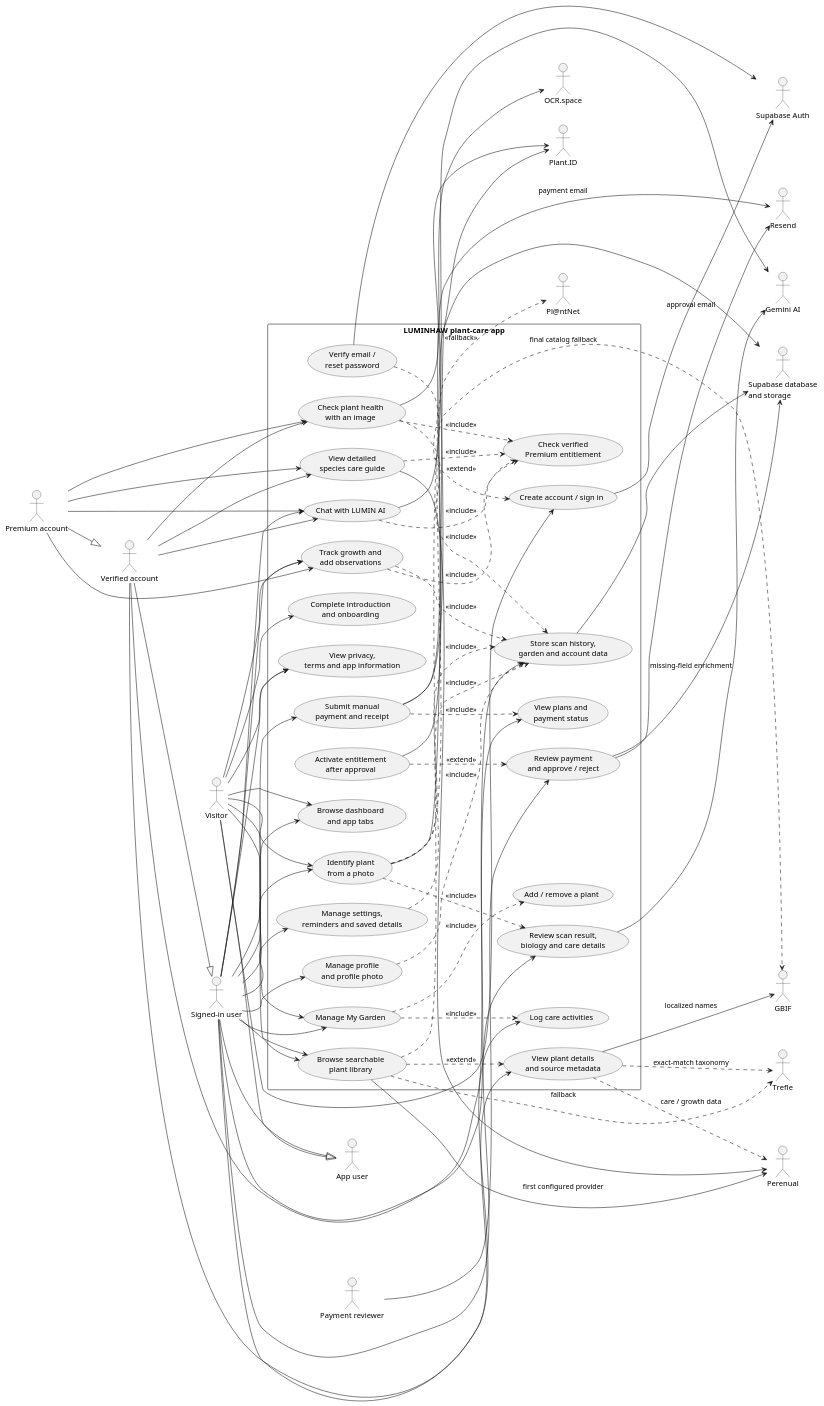
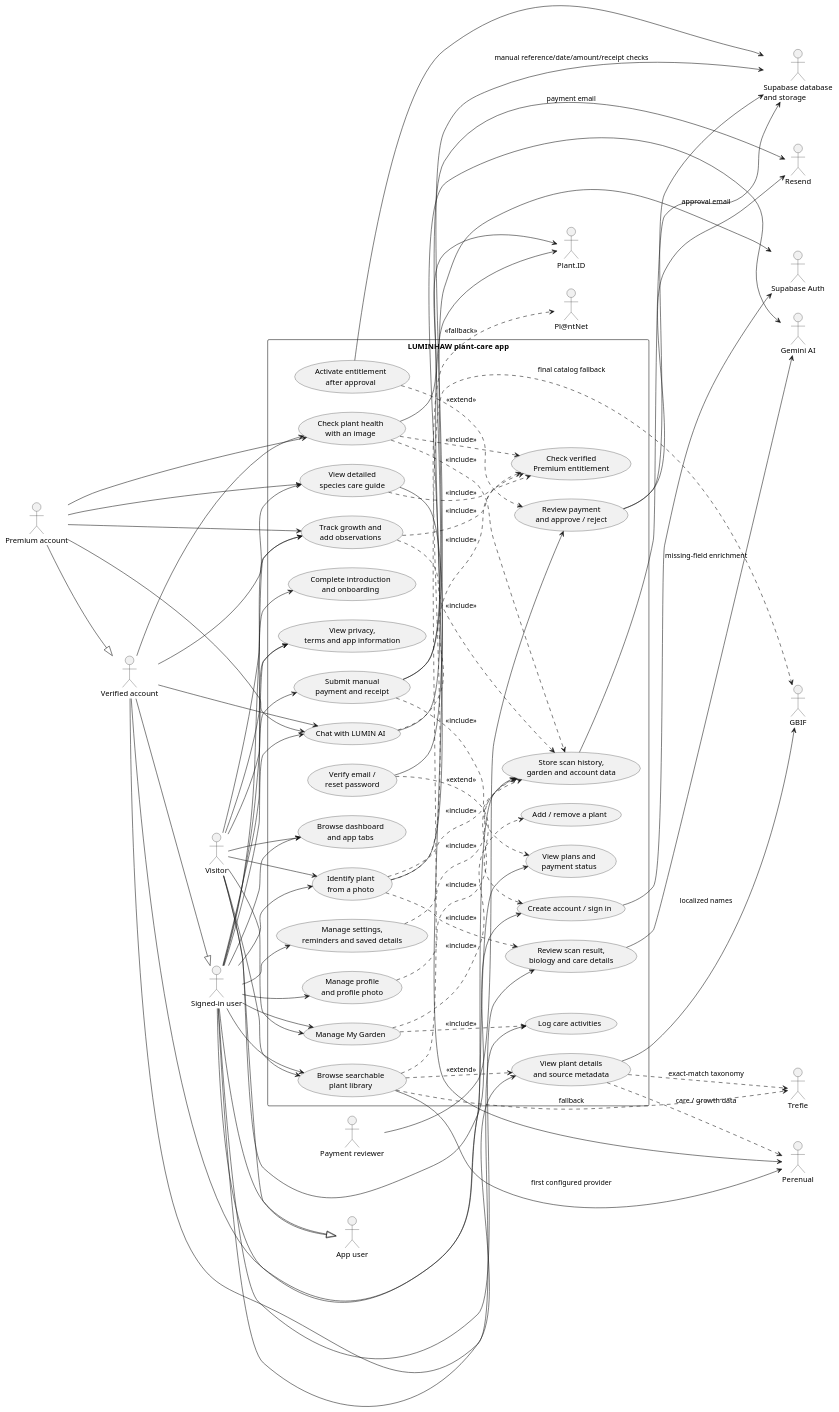
One commit to luminhawofficial/LUMINHAW-APP changed the diagram in README.md. Above: the diagram before and after it, drawn with PlantUML. The commit also changed other lines of this file and 68 other files, not shown here.

First line of the commit message:
Update Premium, plant tracking, and web flows

```diff
--- a/README.md
+++ b/README.md
@@ -37,7 +39,6 @@
 actor Trefle
 actor GBIF
 actor "Gemini AI" as Gemini
-actor "OCR.space" as OCR
 actor Resend
 
 rectangle "LUMINHAW plant-care app" {
@@ -138,7 +139,7 @@
 CareGuide --> Perenual
 Health --> PlantID
 AIChat --> Gemini
-Pay --> OCR
+Pay --> Database : manual reference/date/amount/receipt checks
 Pay --> Resend : payment email
 Review --> Resend : approval email
 Review --> Database
```
